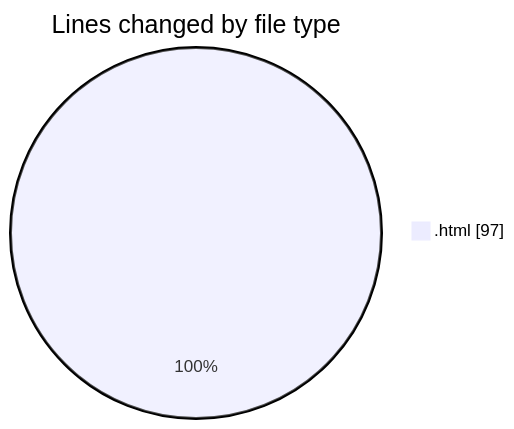
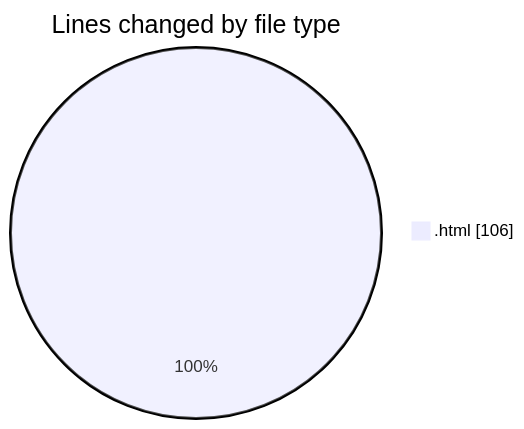
One commit to hasnaa123/code-tracking changed the first of 2 diagrams in 2025-12-23/technologie_web/README.md. Above: the diagram before and after it, drawn with Mermaid. The commit also changed other lines of this file and 1 other file, not shown here.

````diff
--- a/2025-12-23/technologie_web/README.md
+++ b/2025-12-23/technologie_web/README.md
@@ -20,5 +20,5 @@
 ```mermaid
 pie showData
 title Lines changed by file type
-".html" : 97
+".html" : 106
 ```
````
